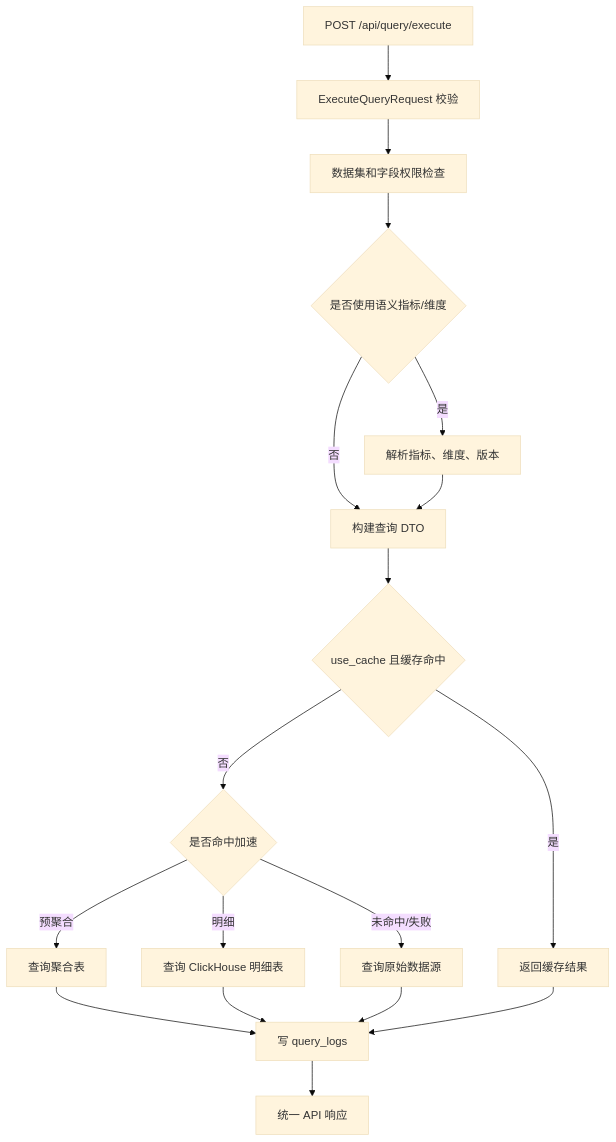
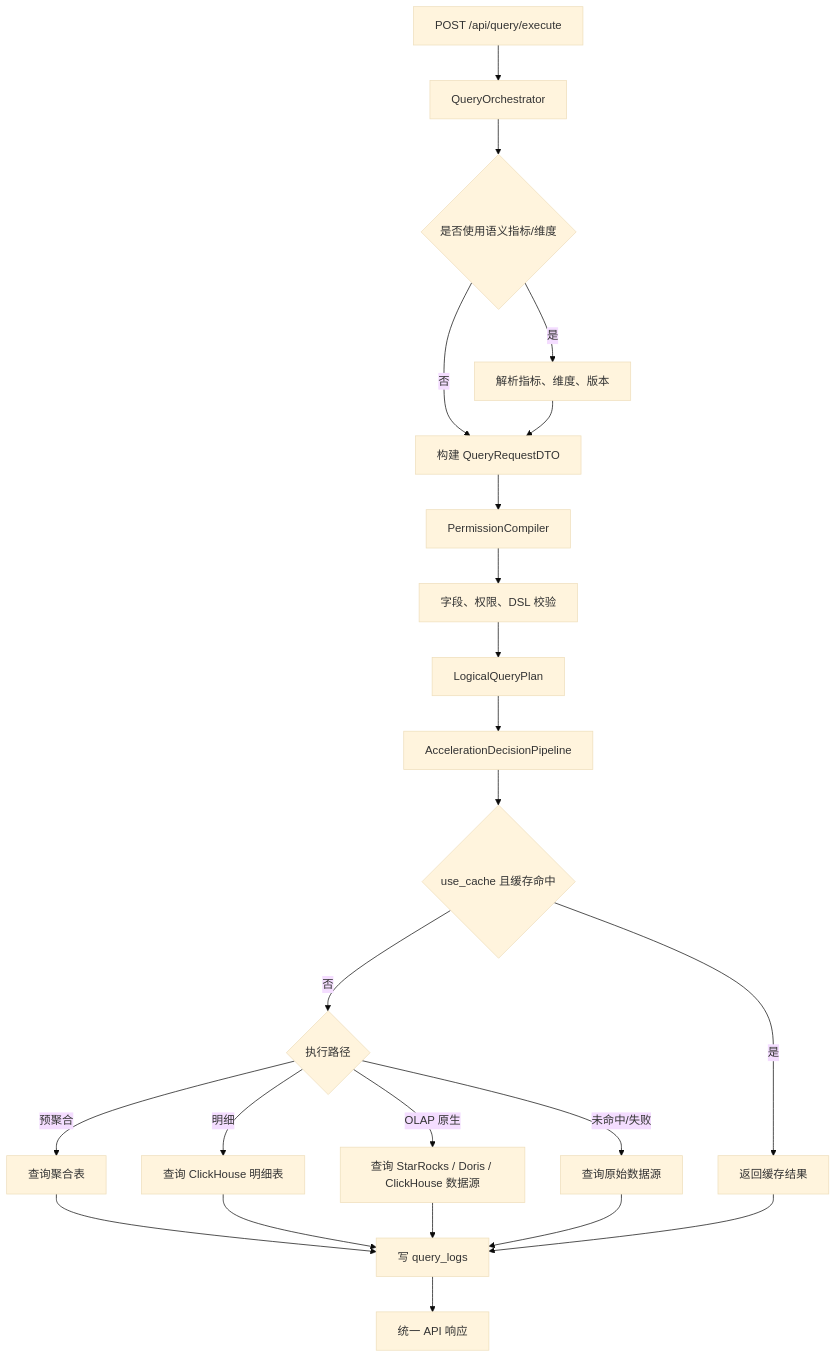
Before and after one commit to taoking/laravel: the fifth of 10 diagrams in docs/PROJECT_DOCUMENTATION.md, drawn with Mermaid (base theme). The commit also changed other lines of this file and 48 other files, not shown here.

````diff
--- a/docs/PROJECT_DOCUMENTATION.md
+++ b/docs/PROJECT_DOCUMENTATION.md
@@ -219,20 +219,25 @@
 ```mermaid
 flowchart TD
-    Request[POST /api/query/execute] --> Validate[ExecuteQueryRequest 校验]
-    Validate --> Permission[数据集和字段权限检查]
-    Permission --> Semantic{是否使用语义指标/维度}
+    Request[POST /api/query/execute] --> Orchestrator[QueryOrchestrator]
+    Orchestrator --> Semantic{是否使用语义指标/维度}
     Semantic -->|是| ResolveSemantic[解析指标、维度、版本]
-    Semantic -->|否| BuildQuery[构建查询 DTO]
+    Semantic -->|否| BuildQuery[构建 QueryRequestDTO]
     ResolveSemantic --> BuildQuery
-    BuildQuery --> CacheCheck{use_cache 且缓存命中}
+    BuildQuery --> Permission[PermissionCompiler]
+    Permission --> Validate[字段、权限、DSL 校验]
+    Validate --> Plan[LogicalQueryPlan]
+    Plan --> Decision[AccelerationDecisionPipeline]
+    Decision --> CacheCheck{use_cache 且缓存命中}
     CacheCheck -->|是| CacheReturn[返回缓存结果]
-    CacheCheck -->|否| Accel{是否命中加速}
+    CacheCheck -->|否| Accel{执行路径}
     Accel -->|预聚合| Aggregate[查询聚合表]
     Accel -->|明细| Detail[查询 ClickHouse 明细表]
+    Accel -->|OLAP 原生| Olap[查询 StarRocks / Doris / ClickHouse 数据源]
     Accel -->|未命中/失败| Source[查询原始数据源]
     Aggregate --> Log[写 query_logs]
     Detail --> Log
+    Olap --> Log
     Source --> Log
     CacheReturn --> Log
     Log --> Response[统一 API 响应]
 ```
````
